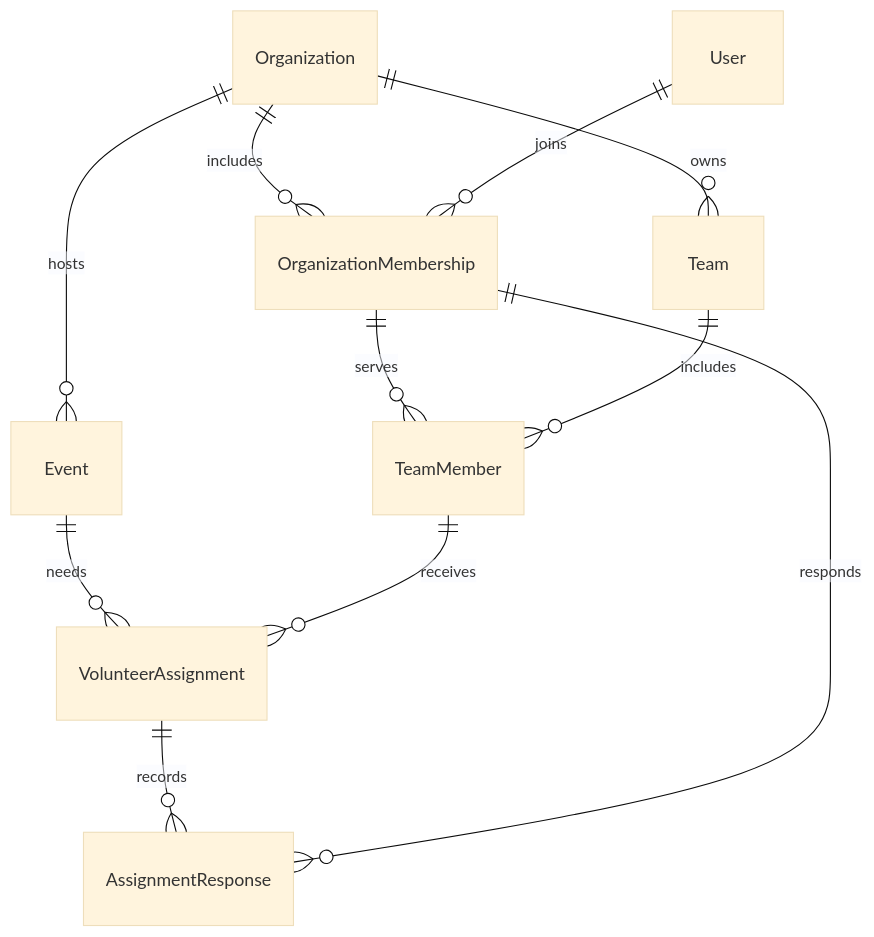
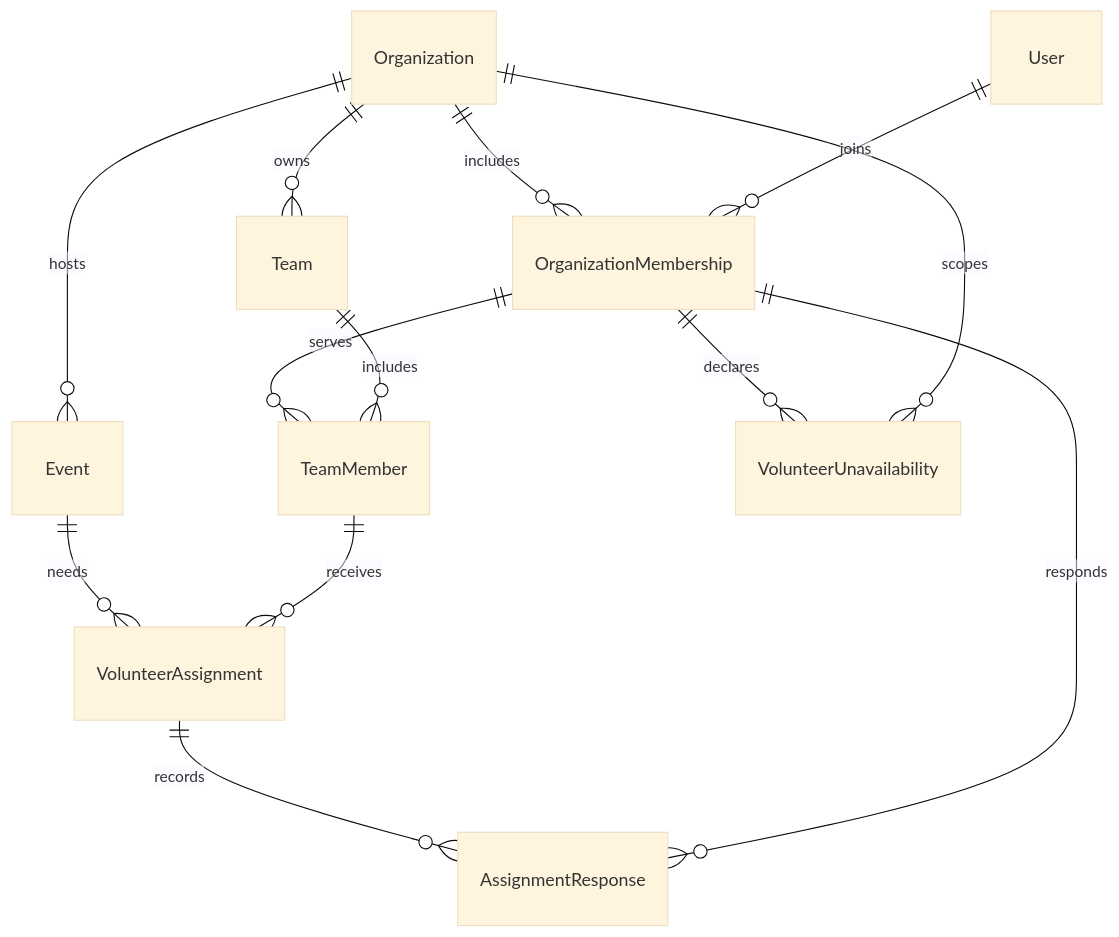
Before and after one commit to jksatermo/Many-Rooms: the diagram in docs/development.md, drawn with Mermaid (base theme). The commit also changed other lines of this file and 88 other files, not shown here.

````diff
--- a/docs/development.md
+++ b/docs/development.md
@@ -7,13 +9,15 @@
 ```mermaid
 erDiagram
   Organization ||--o{ OrganizationMembership : includes
   User ||--o{ OrganizationMembership : joins
   Organization ||--o{ Team : owns
   Organization ||--o{ Event : hosts
   OrganizationMembership ||--o{ TeamMember : serves
   Team ||--o{ TeamMember : includes
   Event ||--o{ VolunteerAssignment : needs
   TeamMember ||--o{ VolunteerAssignment : receives
   VolunteerAssignment ||--o{ AssignmentResponse : records
   OrganizationMembership ||--o{ AssignmentResponse : responds
+  OrganizationMembership ||--o{ VolunteerUnavailability : declares
+  Organization ||--o{ VolunteerUnavailability : scopes
 ```
````
